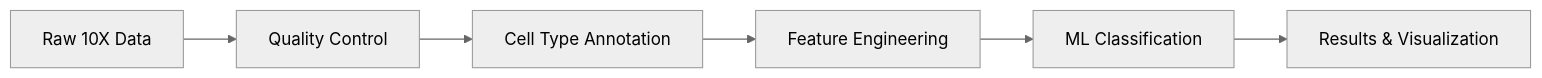
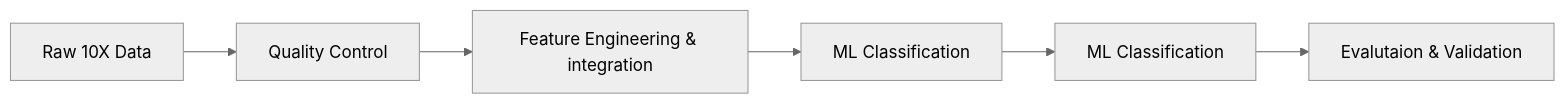
One commit to omicscodeathon/cellitac changed the diagram in README.md. Above: the diagram before and after it, drawn with Mermaid (neutral theme). The commit also changed other lines of this file, not shown here.

````diff
--- a/README.md
+++ b/README.md
@@ -62,8 +62,8 @@
 ```mermaid
 graph LR
     A[Raw 10X Data] --> B[Quality Control]
-    B --> C[Cell Type Annotation]
-    C --> D[Feature Engineering]
+    B --> C[Feature Engineering & integration]
+    C --> D[ML Classification]
     D --> E[ML Classification]
-    E --> F[Results & Visualization]
+    E --> F[Evalutaion & Validation]
 ```
````
